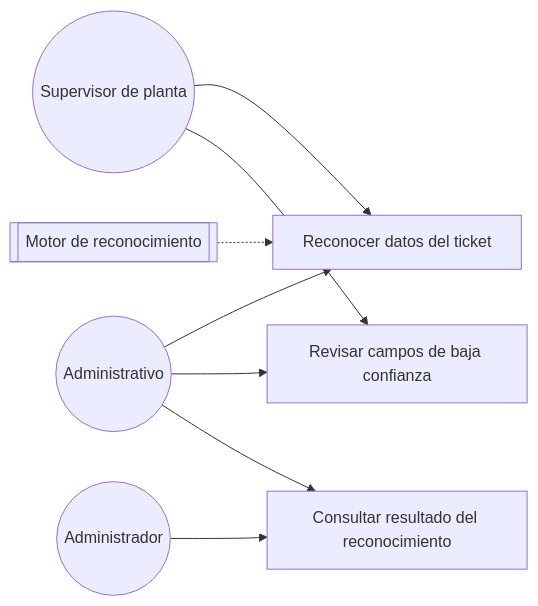
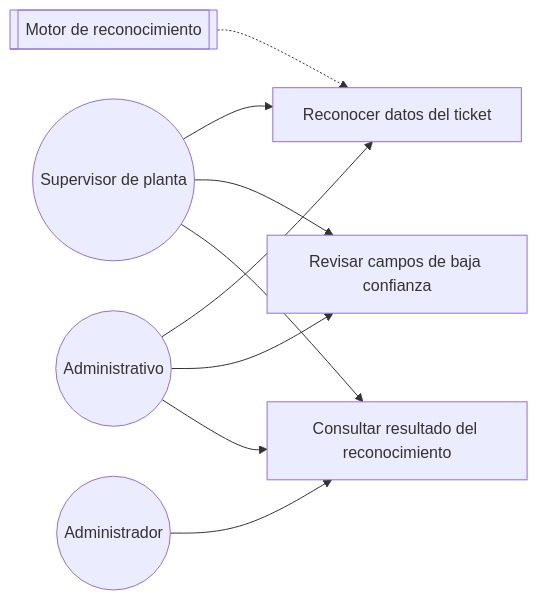
One commit to adlerOmonte1/LogisticaMinera changed the diagram in docs/modulos/M04-reconocimiento/diagramas/caso_uso.md. Above: the diagram before and after it, drawn with Mermaid. The commit also changed other lines of this file and 72 other files, not shown here.

````diff
--- a/docs/modulos/M04-reconocimiento/diagramas/caso_uso.md
+++ b/docs/modulos/M04-reconocimiento/diagramas/caso_uso.md
@@ -3,19 +3,20 @@
 ```mermaid
 flowchart LR
     SUP(("Supervisor de planta"))
     ADV(("Administrativo"))
     ADM(("Administrador"))
     MOT[["Motor de reconocimiento"]]
 
     UC1["Reconocer datos del ticket"]
     UC2["Revisar campos de baja confianza"]
     UC3["Consultar resultado del reconocimiento"]
 
     SUP --> UC1
     SUP --> UC2
     ADV --> UC1
     ADV --> UC2
     ADV --> UC3
     ADM --> UC3
+    SUP --> UC3
     MOT -.-> UC1
 ```
````
